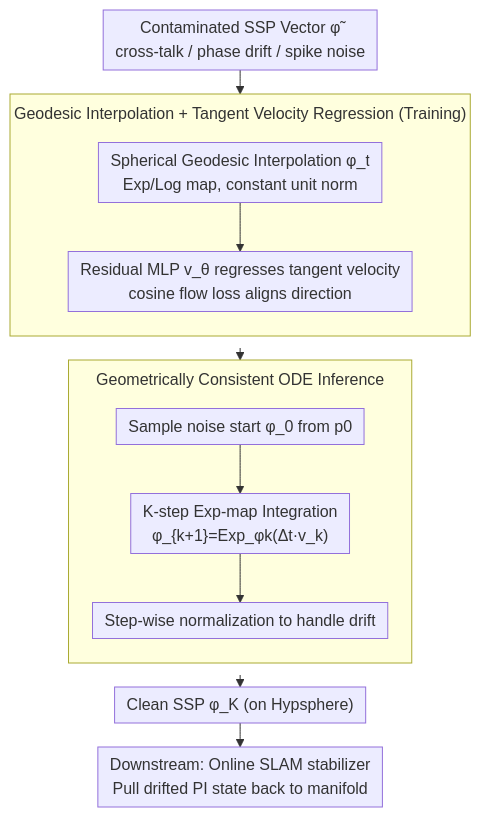
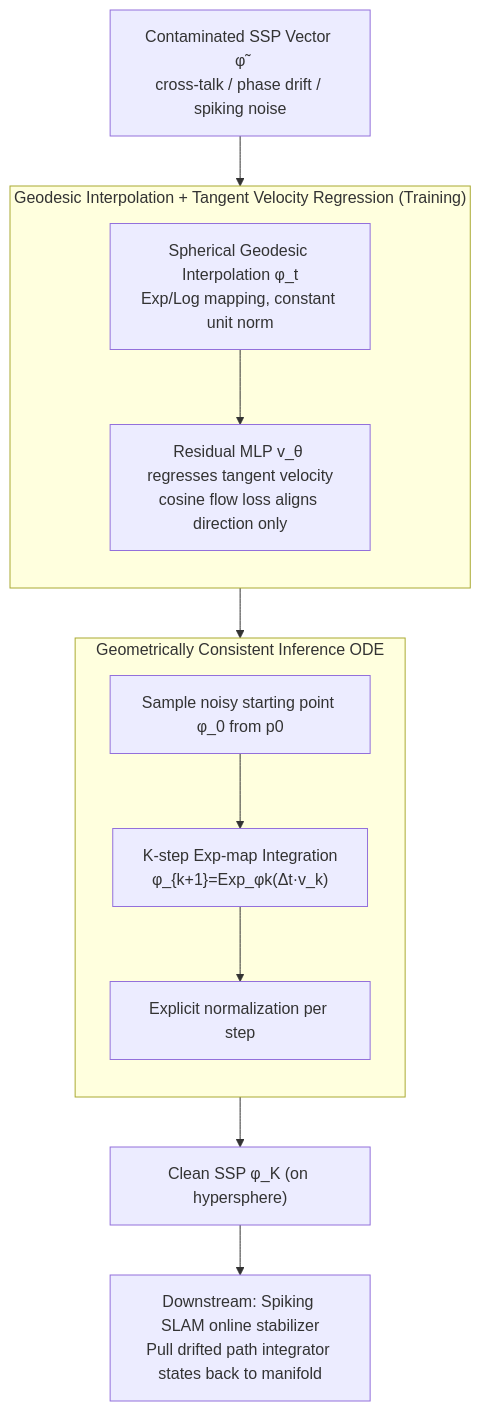
The diagram in docs/ICML2026/3d_vision/geodesic_flow_matching_for_denoising_high-dimensional_structured_representations.md (zhaoyang97/Paper-Notes-en), drawn with Mermaid before and after one commit. The commit also changed other lines of this file and 5084 other files, not shown here.

````diff
--- a/docs/ICML2026/3d_vision/geodesic_flow_matching_for_denoising_high-dimensional_structured_representations.md
+++ b/docs/ICML2026/3d_vision/geodesic_flow_matching_for_denoising_high-dimensional_structured_representations.md
@@ -46,16 +46,15 @@
 ```mermaid
-%%{init: {'flowchart': {'rankSpacing': 24, 'nodeSpacing': 28, 'padding': 6, 'wrappingWidth': 400, 'subGraphTitleMargin': {'top': 8, 'bottom': 16}}}}%%
-flowchart TD
-    A["Contaminated SSP Vector φ̃<br/>cross-talk / phase drift / spike noise"] --> B
+graph TD
+    A["Contaminated SSP Vector φ̃<br/>cross-talk / phase drift / spiking noise"] --> B
     subgraph GEO["Geodesic Interpolation + Tangent Velocity Regression (Training)"]
         direction TB
-        B["Spherical Geodesic Interpolation φ_t<br/>Exp/Log map, constant unit norm"] --> C["Residual MLP v_θ regresses tangent velocity<br/>cosine flow loss aligns direction"]
+        B["Spherical Geodesic Interpolation φ_t<br/>Exp/Log mapping, constant unit norm"] --> C["Residual MLP v_θ regresses tangent velocity<br/>cosine flow loss aligns direction only"]
     end
     GEO --> D
-    subgraph INF["Geometrically Consistent ODE Inference"]
+    subgraph INF["Geometrically Consistent Inference ODE"]
         direction TB
-        D["Sample noise start φ_0 from p0"] --> E["K-step Exp-map Integration<br/>φ_{k+1}=Exp_φk(Δt·v_k)"] --> F["Step-wise normalization to handle drift"]
+        D["Sample noisy starting point φ_0 from p0"] --> E["K-step Exp-map Integration<br/>φ_{k+1}=Exp_φk(Δt·v_k)"] --> F["Explicit normalization per step"]
     end
-    INF --> G["Clean SSP φ_K (on Hypsphere)"]
-    G --> H["Downstream: Online SLAM stabilizer<br/>Pull drifted PI state back to manifold"]
+    INF --> G["Clean SSP φ_K (on hypersphere)"]
+    G --> H["Downstream: Spiking SLAM online stabilizer<br/>Pull drifted path integrator states back to manifold"]
 ```
````
